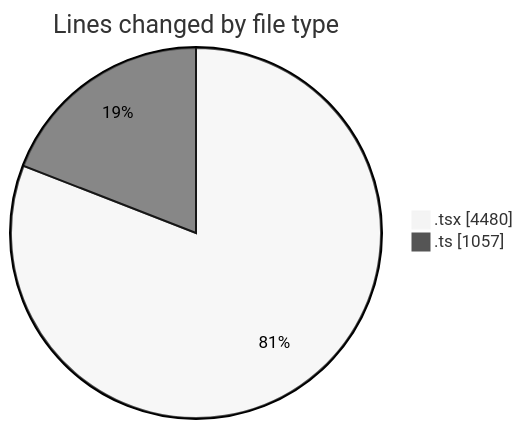
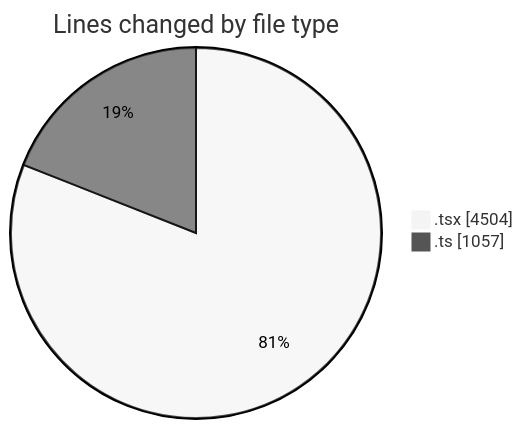
One commit to momahboobian/code-tracking changed the first of 2 diagrams in 2025-07-02/cda/README.md. Above: the diagram before and after it, drawn with Mermaid (neutral theme). The commit also changed other lines of this file and 1 other file, not shown here.

````diff
--- a/2025-07-02/cda/README.md
+++ b/2025-07-02/cda/README.md
@@ -32,6 +32,6 @@
 ```mermaid
 pie showData
 title Lines changed by file type
-".tsx" : 4480
+".tsx" : 4504
 ".ts" : 1057
 ```
````
